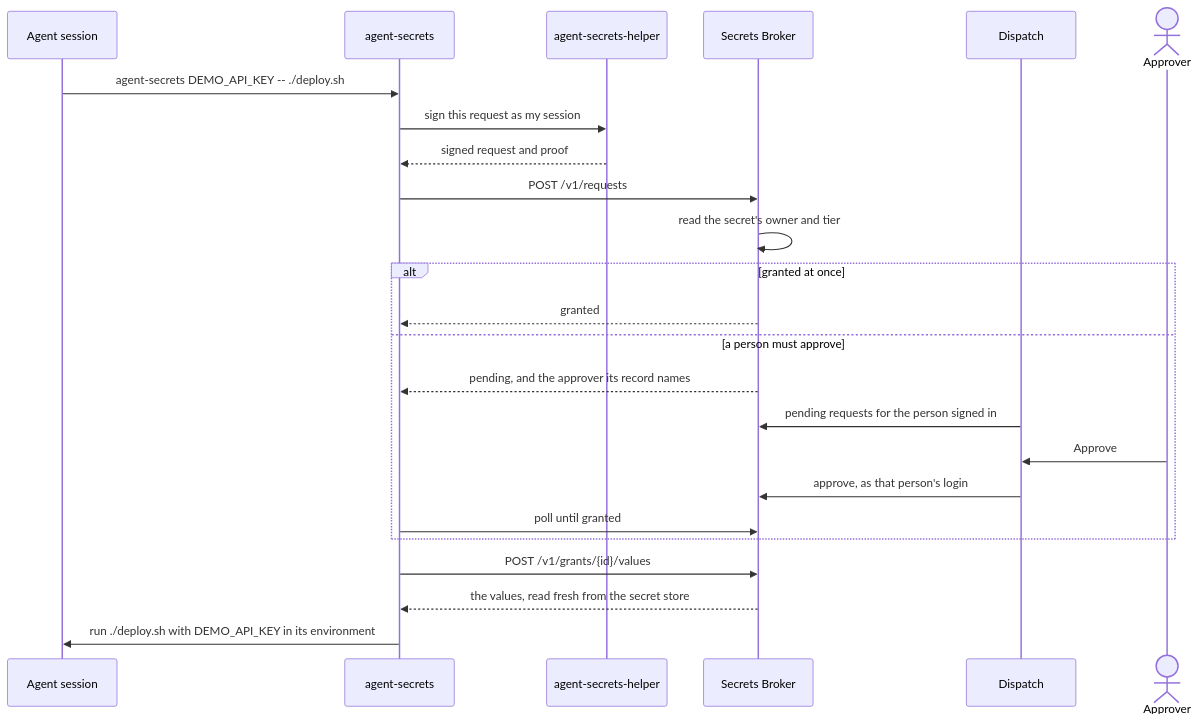
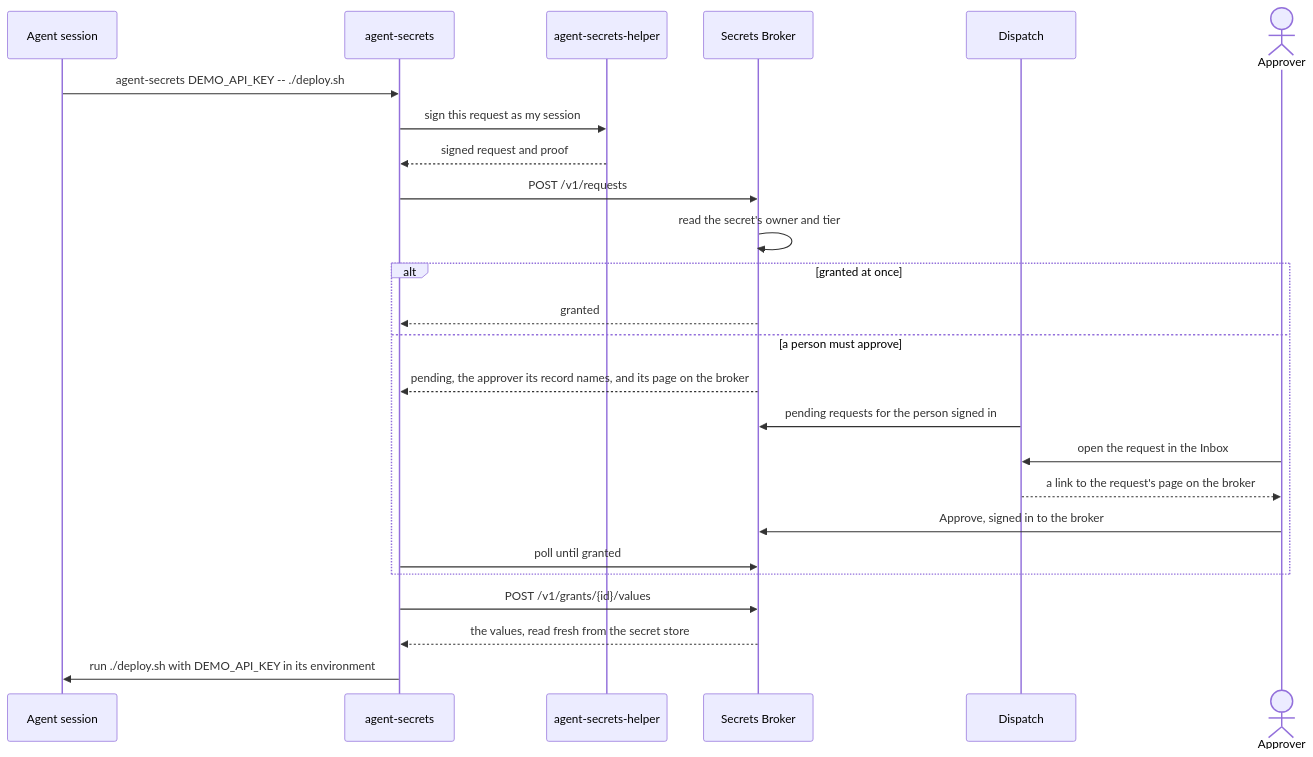
The diagram in docs/site/src/content/docs/broker/index.md (sjawhar/legion), drawn with Mermaid before and after one commit. The commit also changed other lines of this file and 32 other files, not shown here.

First line of the commit message:
docs: a person approves a secret on the broker's own page; the operator's sign-in settings, the deploy order, and the retaken pages

````diff
--- a/docs/site/src/content/docs/broker/index.md
+++ b/docs/site/src/content/docs/broker/index.md
@@ -41,26 +43,27 @@
 ```mermaid
 sequenceDiagram
     participant Agent as Agent session
     participant CLI as agent-secrets
     participant Helper as agent-secrets-helper
     participant Broker as Secrets Broker
     participant Dispatch
     actor Person as Approver
     Agent->>CLI: agent-secrets DEMO_API_KEY -- ./deploy.sh
     CLI->>Helper: sign this request as my session
     Helper-->>CLI: signed request and proof
     CLI->>Broker: POST /v1/requests
     Broker->>Broker: read the secret's owner and tier
     alt granted at once
         Broker-->>CLI: granted
     else a person must approve
-        Broker-->>CLI: pending, and the approver its record names
+        Broker-->>CLI: pending, the approver its record names, and its page on the broker
         Dispatch->>Broker: pending requests for the person signed in
-        Person->>Dispatch: Approve
-        Dispatch->>Broker: approve, as that person's login
+        Person->>Dispatch: open the request in the Inbox
+        Dispatch-->>Person: a link to the request's page on the broker
+        Person->>Broker: Approve, signed in to the broker
         CLI->>Broker: poll until granted
     end
     CLI->>Broker: POST /v1/grants/{id}/values
     Broker-->>CLI: the values, read fresh from the secret store
     CLI->>Agent: run ./deploy.sh with DEMO_API_KEY in its environment
 ```
````
